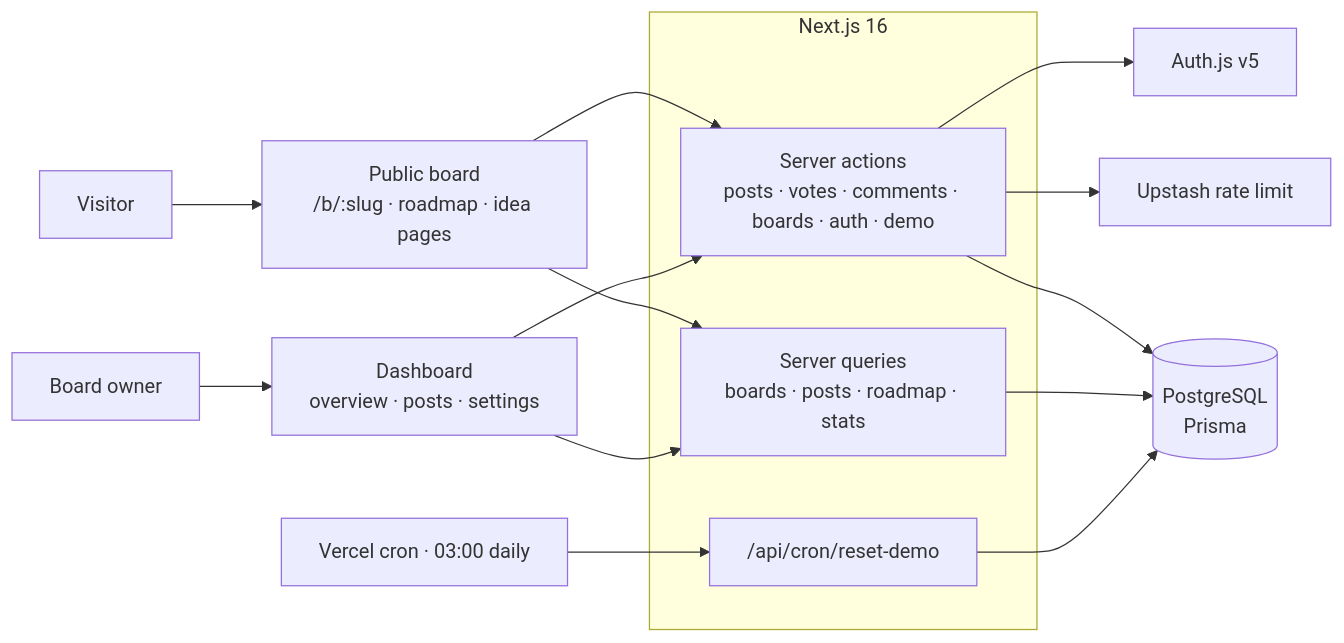
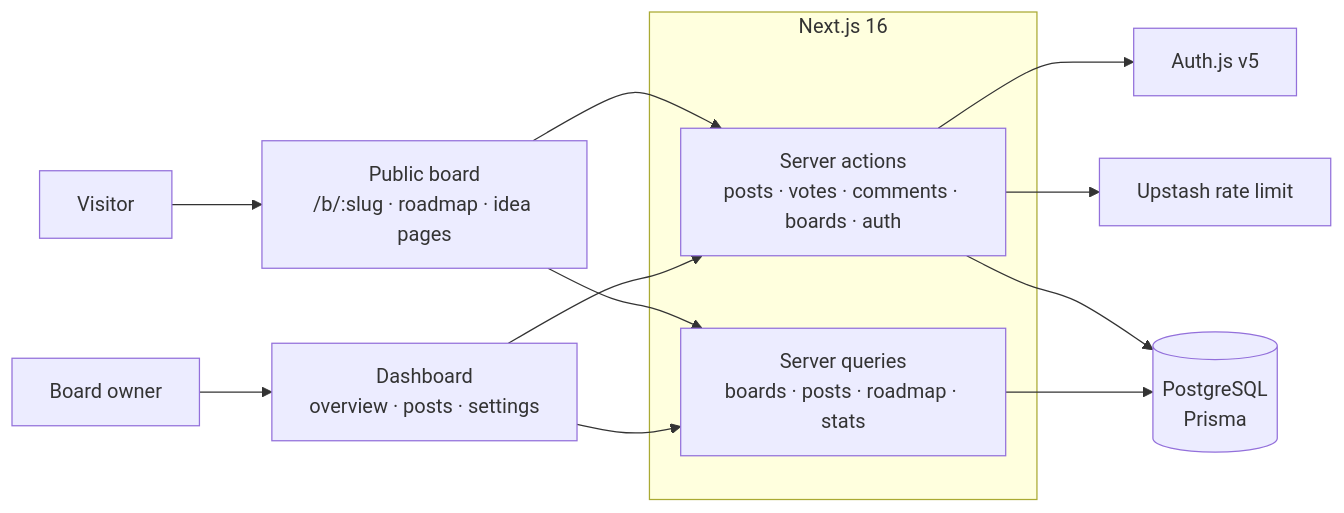
Before and after one commit to Areal-G/upvoted: the diagram in README.md, drawn with Mermaid. The commit also changed other lines of this file and 21 other files, not shown here.

````diff
--- a/README.md
+++ b/README.md
@@ -115,20 +115,17 @@
 ```mermaid
 flowchart LR
     visitor["Visitor"] --> board["Public board<br/>/b/:slug · roadmap · idea pages"]
     owner["Board owner"] --> dash["Dashboard<br/>overview · posts · settings"]
     board --> actions
     dash --> actions
     subgraph next["Next.js 16"]
-        actions["Server actions<br/>posts · votes · comments · boards · auth · demo"]
+        actions["Server actions<br/>posts · votes · comments · boards · auth"]
         queries["Server queries<br/>boards · posts · roadmap · stats"]
-        cron["/api/cron/reset-demo"]
     end
     board --> queries
     dash --> queries
     actions --> auth["Auth.js v5"]
     actions --> rl["Upstash rate limit"]
     actions --> db[("PostgreSQL<br/>Prisma")]
     queries --> db
-    cron --> db
-    vercel["Vercel cron · 03:00 daily"] --> cron
 ```
````
